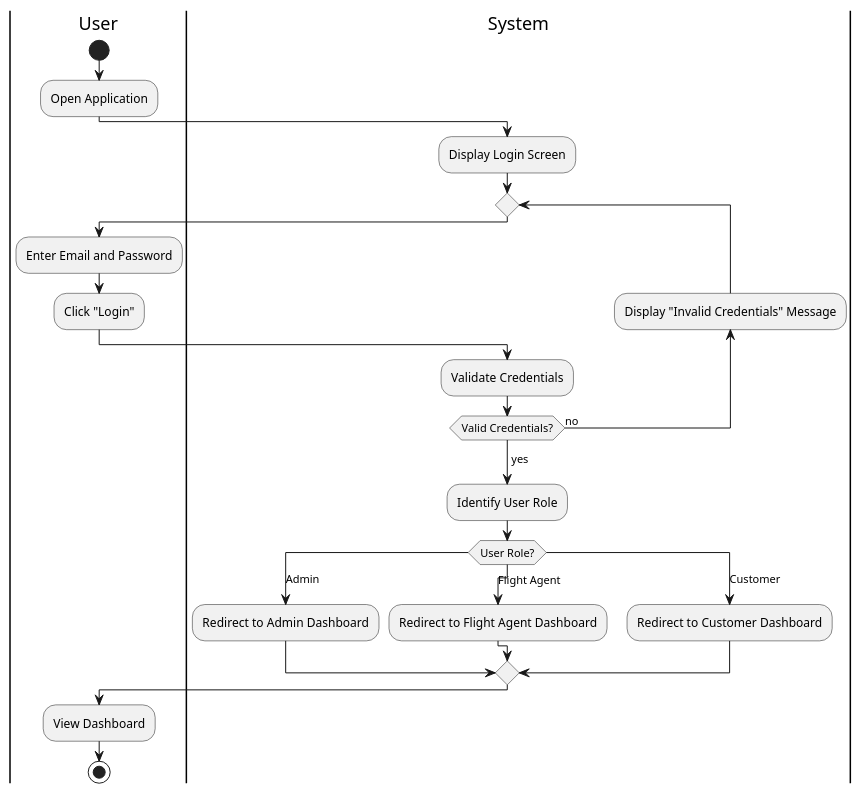
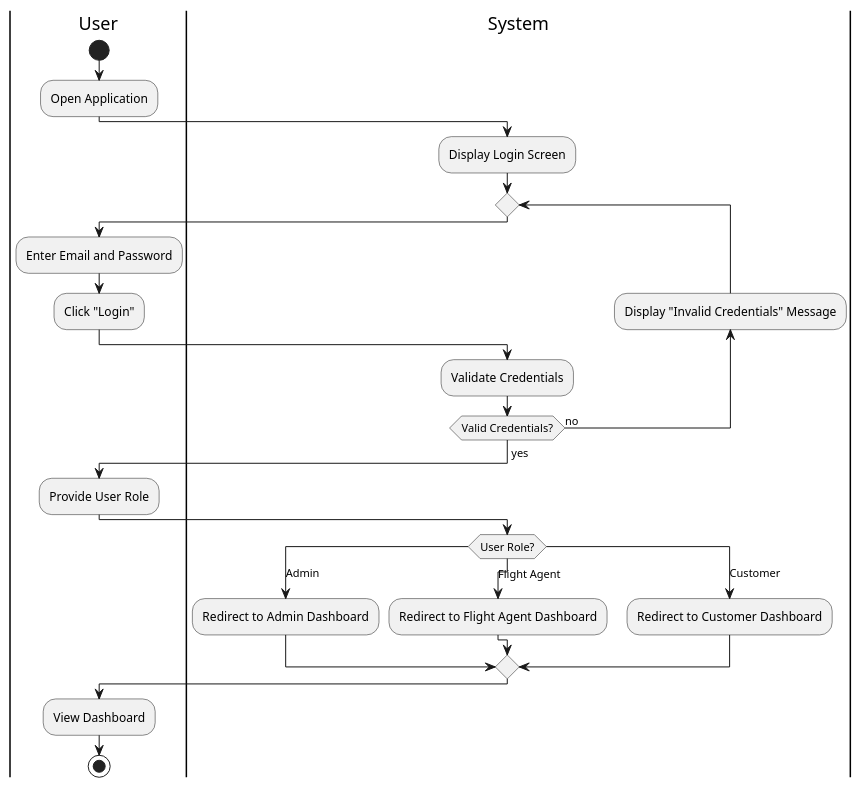
The diagram in docs/diagrams/activity/login.puml (camdnnn/614-Project), drawn with PlantUML before and after one commit. The commit also changed 1 other file, not shown here.

Commit message:
update login diagram

```diff
--- a/docs/diagrams/activity/login.puml
+++ b/docs/diagrams/activity/login.puml
@@ -1,36 +1,39 @@
 @startuml login_activity
 
 |User|
 start
 :Open Application;
 
 |System|
 :Display Login Screen;
 
 repeat
   |User|
   :Enter Email and Password;
   :Click "Login";
 
   |System|
   :Validate Credentials;
 
   backward:Display "Invalid Credentials" Message;
   repeat while (Valid Credentials?) is (no)
   ->yes;
-  :Identify User Role;
 
+  |User|
+  :Provide User Role;
+
+  |System|
   switch(User Role?)
   case (Admin)
     :Redirect to Admin Dashboard;
   case (Flight Agent)
     :Redirect to Flight Agent Dashboard;
   case (Customer)
     :Redirect to Customer Dashboard;
   endswitch
 
 |User|
 :View Dashboard;
 stop
 
 @enduml
```
